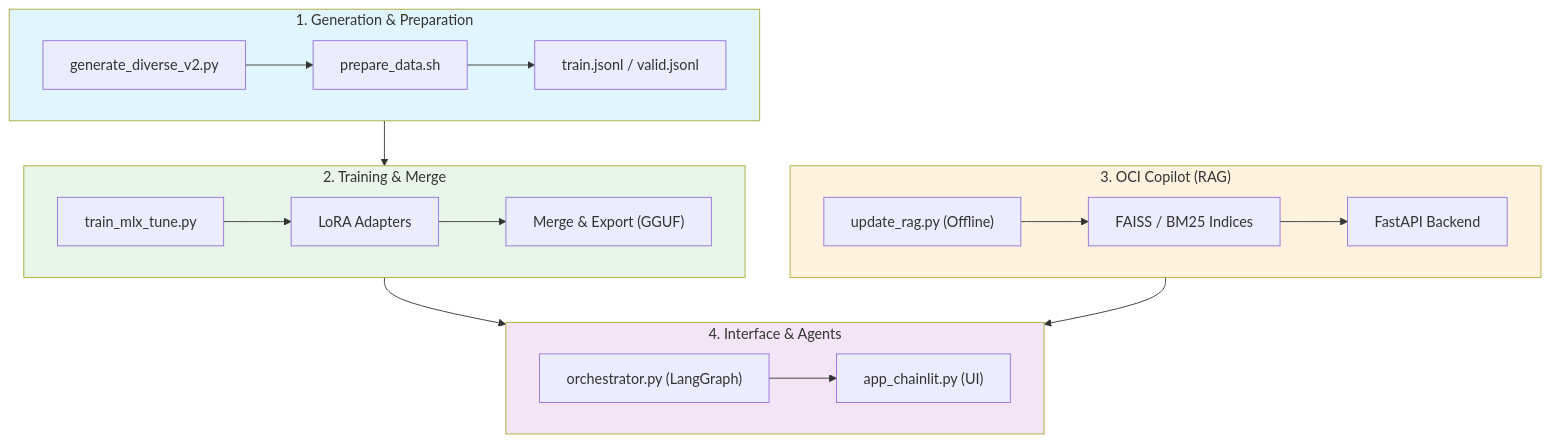
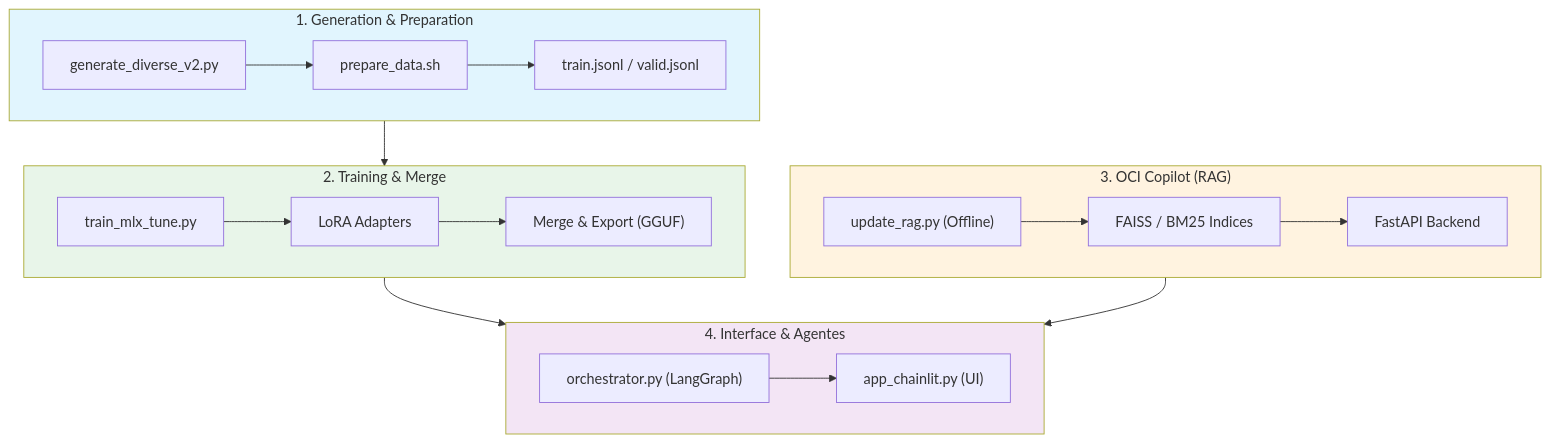
One commit to otavio-lemos/olia-2-oci changed the diagram in README.en-US.md. Above: the diagram before and after it, drawn with Mermaid. The commit also changed other lines of this file and 1 other file, not shown here.

````diff
--- a/README.en-US.md
+++ b/README.en-US.md
@@ -43,30 +48,30 @@
 ```mermaid
 flowchart TD
     subgraph GENERATION["1. Generation & Preparation"]
         A1["generate_diverse_v2.py"] --> A2["prepare_data.sh"]
         A2 --> A3["train.jsonl / valid.jsonl"]
     end
 
     subgraph TRAINING["2. Training & Merge"]
         B1["train_mlx_tune.py"] --> B2["LoRA Adapters"]
         B2 --> B3["Merge & Export (GGUF)"]
     end
 
     subgraph RAG["3. OCI Copilot (RAG)"]
         C1["update_rag.py (Offline)"] --> C2["FAISS / BM25 Indices"]
         C2 --> C3["FastAPI Backend"]
     end
 
-    subgraph UI["4. Interface & Agents"]
+    subgraph UI["4. Interface & Agentes"]
         D1["orchestrator.py (LangGraph)"] --> D2["app_chainlit.py (UI)"]
     end
 
     GENERATION --> TRAINING
     TRAINING --> UI
     RAG --> UI
 
     style GENERATION fill:#e1f5fe
     style TRAINING fill:#e8f5e9
     style RAG fill:#fff3e0
     style UI fill:#f3e5f5
 ```
````
